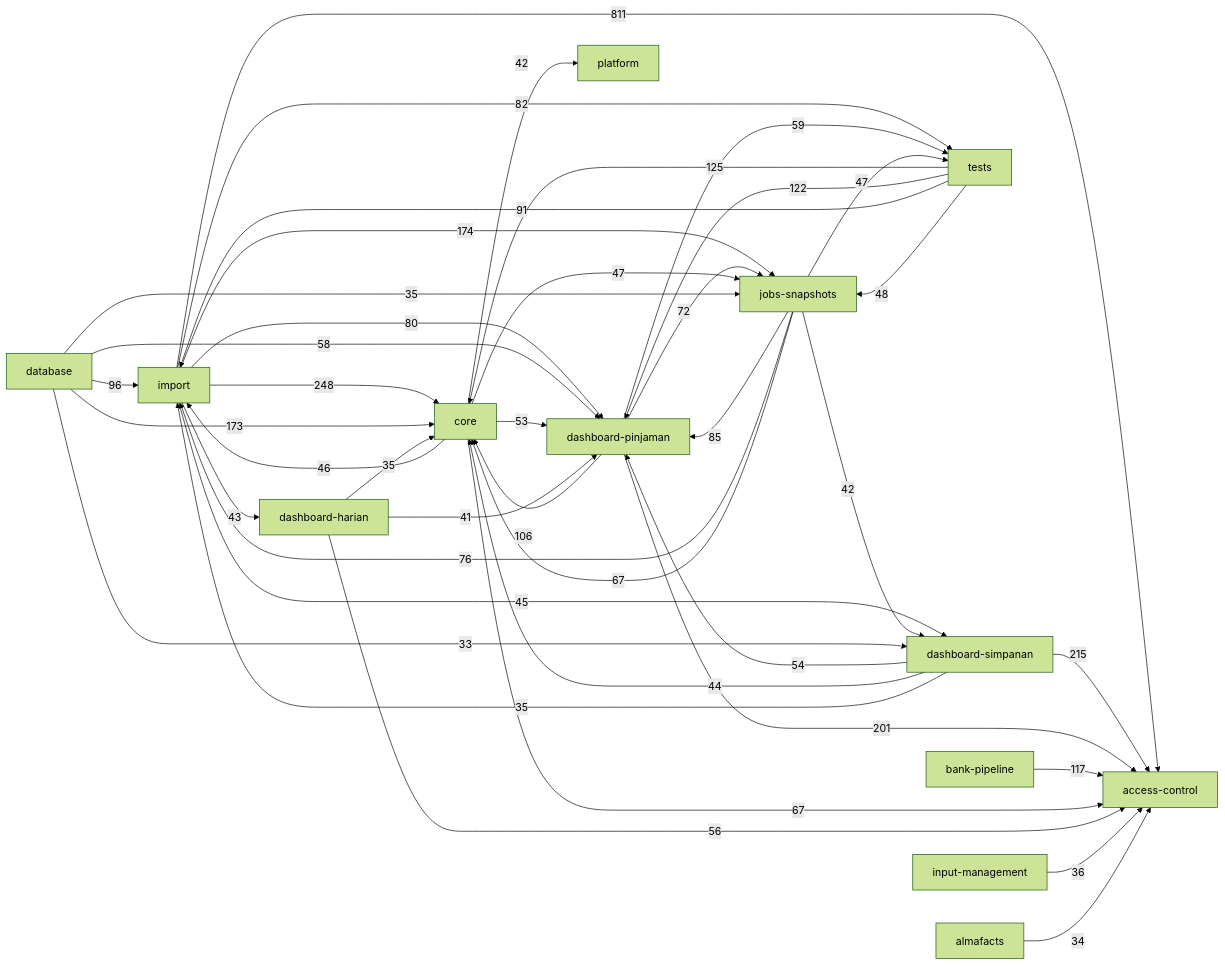
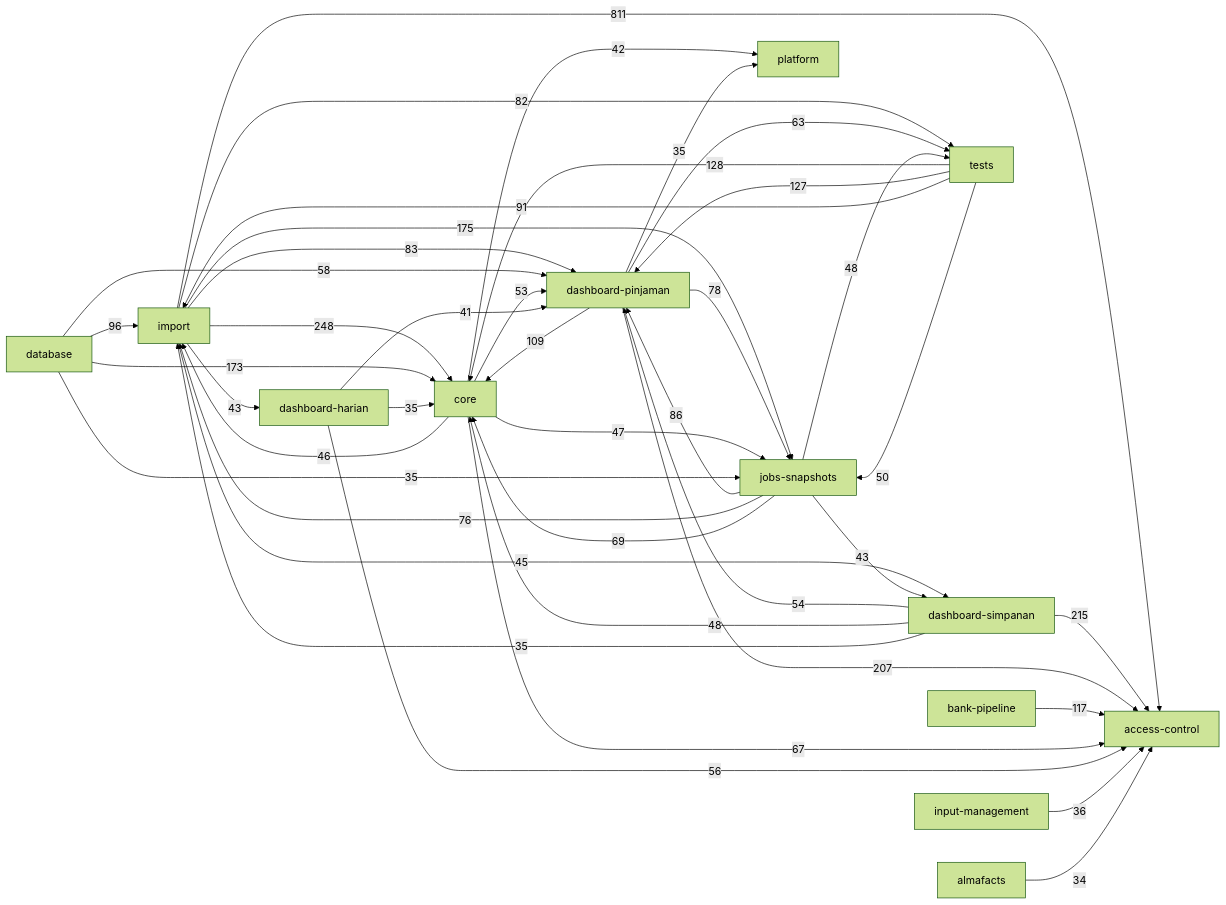
One commit to RizalloN/project-abah changed the diagram in docs/knowledge-graph/ARCHITECTURE.md. Above: the diagram before and after it, drawn with Mermaid (forest theme). The commit also changed other lines of this file and 79 other files, not shown here.

````diff
--- a/docs/knowledge-graph/ARCHITECTURE.md
+++ b/docs/knowledge-graph/ARCHITECTURE.md
@@ -5,43 +5,43 @@
 ```mermaid
 flowchart LR
     d_d942f64886["import"] -->|811| d_c393a69167["access-control"]
     d_d942f64886["import"] -->|248| d_0d45f5fd46["core"]
     d_90026ec21f["dashboard-simpanan"] -->|215| d_c393a69167["access-control"]
-    d_c1933689a3["dashboard-pinjaman"] -->|201| d_c393a69167["access-control"]
-    d_d942f64886["import"] -->|174| d_7c16aa6a77["jobs-snapshots"]
+    d_c1933689a3["dashboard-pinjaman"] -->|207| d_c393a69167["access-control"]
+    d_d942f64886["import"] -->|175| d_7c16aa6a77["jobs-snapshots"]
     d_3549b0028b["database"] -->|173| d_0d45f5fd46["core"]
-    d_59830ebc3a["tests"] -->|125| d_0d45f5fd46["core"]
-    d_59830ebc3a["tests"] -->|122| d_c1933689a3["dashboard-pinjaman"]
+    d_59830ebc3a["tests"] -->|128| d_0d45f5fd46["core"]
+    d_59830ebc3a["tests"] -->|127| d_c1933689a3["dashboard-pinjaman"]
     d_39bcb775e4["bank-pipeline"] -->|117| d_c393a69167["access-control"]
-    d_c1933689a3["dashboard-pinjaman"] -->|106| d_0d45f5fd46["core"]
+    d_c1933689a3["dashboard-pinjaman"] -->|109| d_0d45f5fd46["core"]
     d_3549b0028b["database"] -->|96| d_d942f64886["import"]
     d_59830ebc3a["tests"] -->|91| d_d942f64886["import"]
-    d_7c16aa6a77["jobs-snapshots"] -->|85| d_c1933689a3["dashboard-pinjaman"]
+    d_7c16aa6a77["jobs-snapshots"] -->|86| d_c1933689a3["dashboard-pinjaman"]
+    d_d942f64886["import"] -->|83| d_c1933689a3["dashboard-pinjaman"]
     d_d942f64886["import"] -->|82| d_59830ebc3a["tests"]
-    d_d942f64886["import"] -->|80| d_c1933689a3["dashboard-pinjaman"]
+    d_c1933689a3["dashboard-pinjaman"] -->|78| d_7c16aa6a77["jobs-snapshots"]
     d_7c16aa6a77["jobs-snapshots"] -->|76| d_d942f64886["import"]
-    d_c1933689a3["dashboard-pinjaman"] -->|72| d_7c16aa6a77["jobs-snapshots"]
-    d_7c16aa6a77["jobs-snapshots"] -->|67| d_0d45f5fd46["core"]
+    d_7c16aa6a77["jobs-snapshots"] -->|69| d_0d45f5fd46["core"]
     d_0d45f5fd46["core"] -->|67| d_c393a69167["access-control"]
-    d_c1933689a3["dashboard-pinjaman"] -->|59| d_59830ebc3a["tests"]
+    d_c1933689a3["dashboard-pinjaman"] -->|63| d_59830ebc3a["tests"]
     d_3549b0028b["database"] -->|58| d_c1933689a3["dashboard-pinjaman"]
     d_a0a49fdd98["dashboard-harian"] -->|56| d_c393a69167["access-control"]
     d_90026ec21f["dashboard-simpanan"] -->|54| d_c1933689a3["dashboard-pinjaman"]
     d_0d45f5fd46["core"] -->|53| d_c1933689a3["dashboard-pinjaman"]
-    d_59830ebc3a["tests"] -->|48| d_7c16aa6a77["jobs-snapshots"]
+    d_59830ebc3a["tests"] -->|50| d_7c16aa6a77["jobs-snapshots"]
+    d_90026ec21f["dashboard-simpanan"] -->|48| d_0d45f5fd46["core"]
+    d_7c16aa6a77["jobs-snapshots"] -->|48| d_59830ebc3a["tests"]
     d_0d45f5fd46["core"] -->|47| d_7c16aa6a77["jobs-snapshots"]
-    d_7c16aa6a77["jobs-snapshots"] -->|47| d_59830ebc3a["tests"]
     d_0d45f5fd46["core"] -->|46| d_d942f64886["import"]
     d_d942f64886["import"] -->|45| d_90026ec21f["dashboard-simpanan"]
-    d_90026ec21f["dashboard-simpanan"] -->|44| d_0d45f5fd46["core"]
+    d_7c16aa6a77["jobs-snapshots"] -->|43| d_90026ec21f["dashboard-simpanan"]
     d_d942f64886["import"] -->|43| d_a0a49fdd98["dashboard-harian"]
     d_0d45f5fd46["core"] -->|42| d_d294fcce0c["platform"]
-    d_7c16aa6a77["jobs-snapshots"] -->|42| d_90026ec21f["dashboard-simpanan"]
     d_a0a49fdd98["dashboard-harian"] -->|41| d_c1933689a3["dashboard-pinjaman"]
     d_b70a9d941d["input-management"] -->|36| d_c393a69167["access-control"]
     d_3549b0028b["database"] -->|35| d_7c16aa6a77["jobs-snapshots"]
+    d_c1933689a3["dashboard-pinjaman"] -->|35| d_d294fcce0c["platform"]
     d_90026ec21f["dashboard-simpanan"] -->|35| d_d942f64886["import"]
     d_a0a49fdd98["dashboard-harian"] -->|35| d_0d45f5fd46["core"]
     d_b89824cc5a["almafacts"] -->|34| d_c393a69167["access-control"]
-    d_3549b0028b["database"] -->|33| d_90026ec21f["dashboard-simpanan"]
 ```
````
